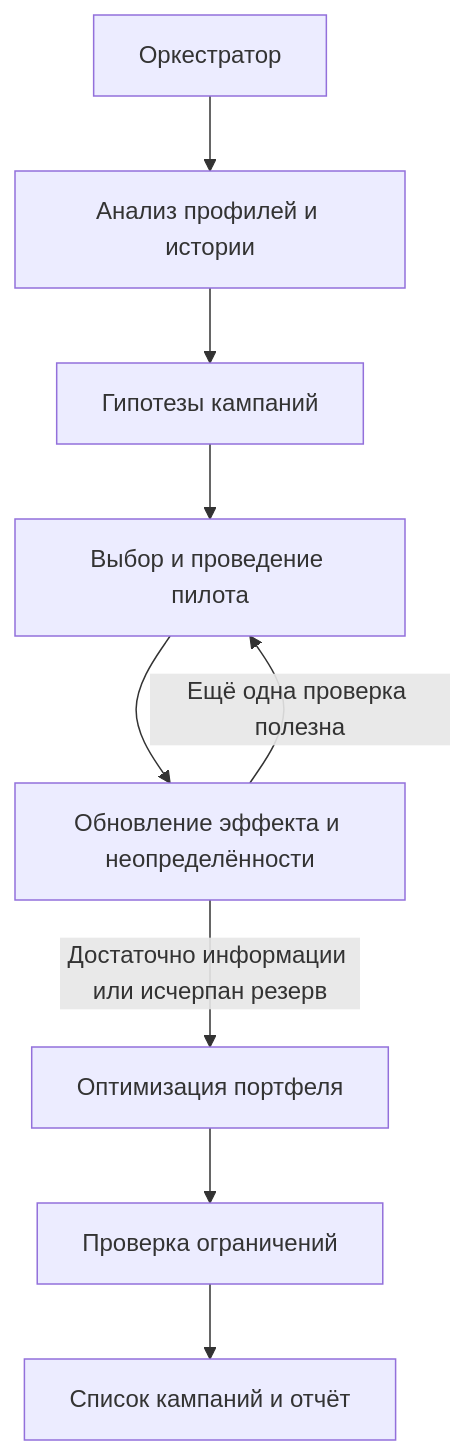
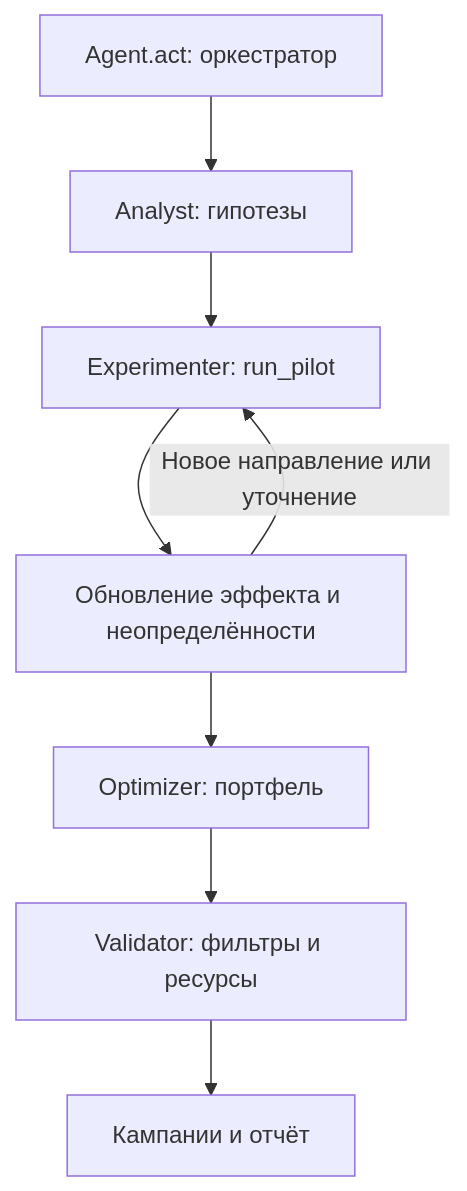
The diagram in docs/architecture.md (BAITC-Hacks/hack-4c17786c-adil), drawn with Mermaid before and after one commit. The commit also changed other lines of this file and 29 other files, not shown here.

````diff
--- a/docs/architecture.md
+++ b/docs/architecture.md
@@ -23,11 +5,10 @@
 ```mermaid
 flowchart TD
-    A[Оркестратор] --> B[Анализ профилей и истории]
-    B --> C[Гипотезы кампаний]
-    C --> D[Выбор и проведение пилота]
-    D --> E[Обновление эффекта и неопределённости]
-    E -->|Ещё одна проверка полезна| D
-    E -->|Достаточно информации или исчерпан резерв| F[Оптимизация портфеля]
-    F --> G[Проверка ограничений]
-    G --> H[Список кампаний и отчёт]
+    A[Agent.act: оркестратор] --> B[Analyst: гипотезы]
+    B --> C[Experimenter: run_pilot]
+    C --> D[Обновление эффекта и неопределённости]
+    D -->|Новое направление или уточнение| C
+    D --> E[Optimizer: портфель]
+    E --> F[Validator: фильтры и ресурсы]
+    F --> G[Кампании и отчёт]
 ```
````
